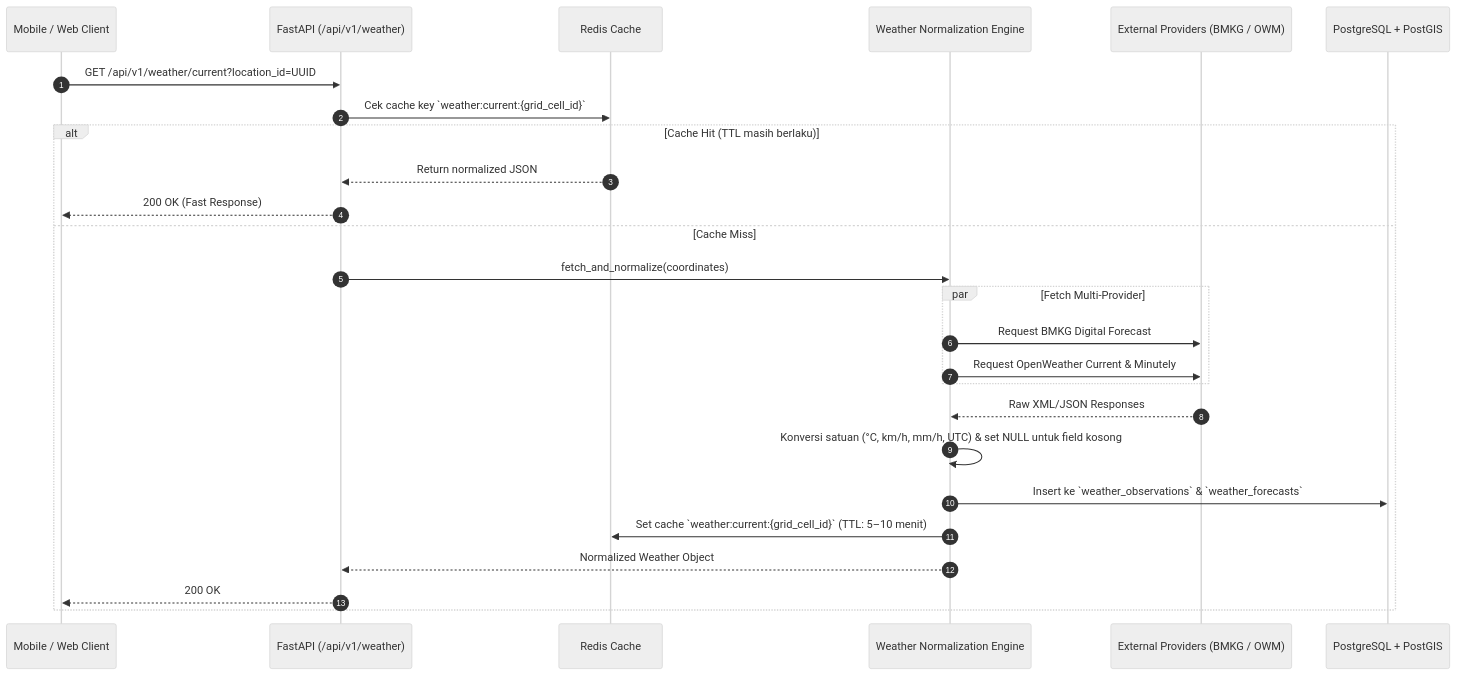
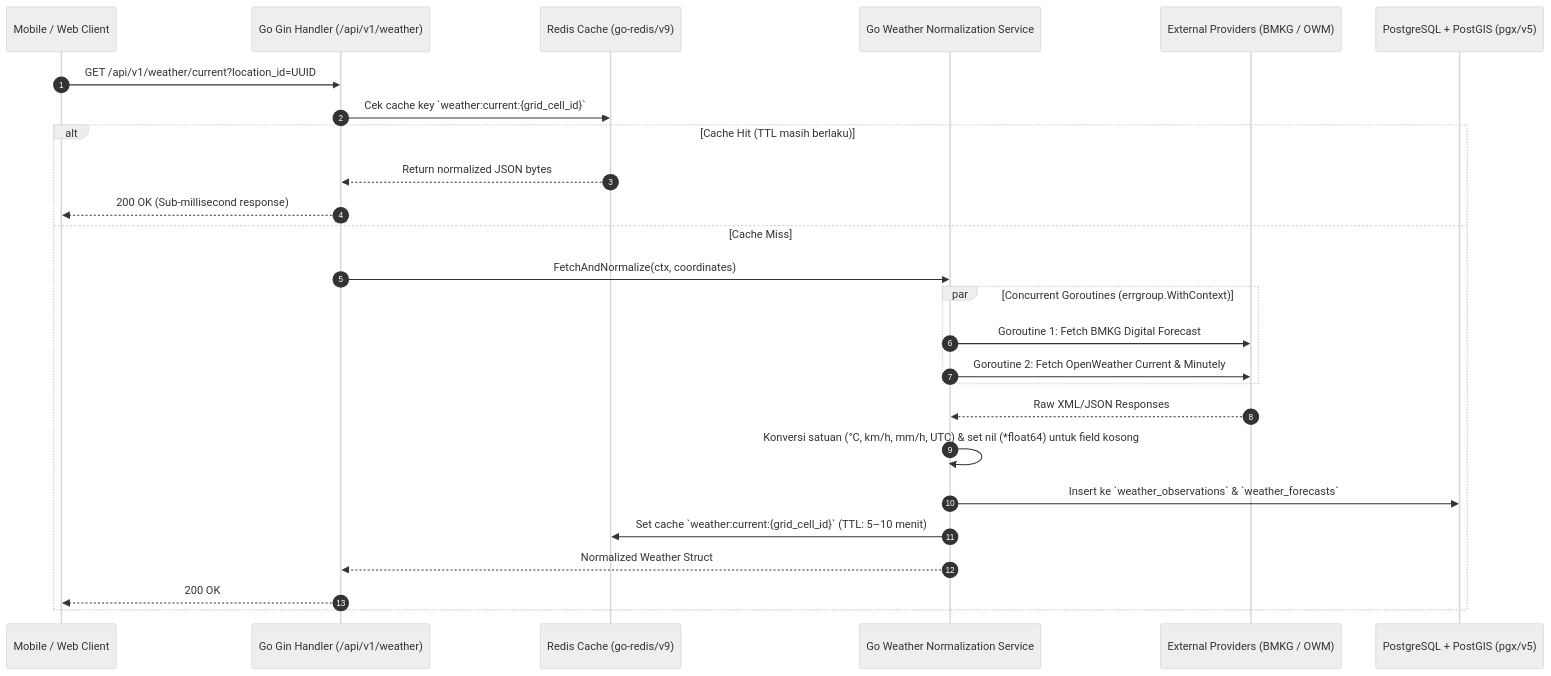
One commit to afrizadwi21/weatherly changed the second of 3 diagrams in docs/architecture/SYSTEM_ARCHITECTURE.md. Above: the diagram before and after it, drawn with Mermaid (neutral theme). The commit also changed other lines of this file and 3 other files, not shown here.

Commit message:
refactor(arch): migrate backend architecture and CI workflows to Golang

````diff
--- a/docs/architecture/SYSTEM_ARCHITECTURE.md
+++ b/docs/architecture/SYSTEM_ARCHITECTURE.md
@@ -51,29 +51,29 @@
 ```mermaid
 sequenceDiagram
     autonumber
     participant Client as Mobile / Web Client
-    participant API as FastAPI (/api/v1/weather)
-    participant Redis as Redis Cache
-    participant Engine as Weather Normalization Engine
+    participant API as Go Gin Handler (/api/v1/weather)
+    participant Redis as Redis Cache (go-redis/v9)
+    participant Engine as Go Weather Normalization Service
     participant Providers as External Providers (BMKG / OWM)
-    participant DB as PostgreSQL + PostGIS
+    participant DB as PostgreSQL + PostGIS (pgx/v5)
 
     Client->>API: GET /api/v1/weather/current?location_id=UUID
     API->>Redis: Cek cache key `weather:current:{grid_cell_id}`
     alt Cache Hit (TTL masih berlaku)
-        Redis-->>API: Return normalized JSON
-        API-->>Client: 200 OK (Fast Response)
+        Redis-->>API: Return normalized JSON bytes
+        API-->>Client: 200 OK (Sub-millisecond response)
     else Cache Miss
-        API->>Engine: fetch_and_normalize(coordinates)
-        par Fetch Multi-Provider
-            Engine->>Providers: Request BMKG Digital Forecast
-            Engine->>Providers: Request OpenWeather Current & Minutely
+        API->>Engine: FetchAndNormalize(ctx, coordinates)
+        par Concurrent Goroutines (errgroup.WithContext)
+            Engine->>Providers: Goroutine 1: Fetch BMKG Digital Forecast
+            Engine->>Providers: Goroutine 2: Fetch OpenWeather Current & Minutely
         end
         Providers-->>Engine: Raw XML/JSON Responses
-        Engine->>Engine: Konversi satuan (°C, km/h, mm/h, UTC) & set NULL untuk field kosong
+        Engine->>Engine: Konversi satuan (°C, km/h, mm/h, UTC) & set nil (*float64) untuk field kosong
         Engine->>DB: Insert ke `weather_observations` & `weather_forecasts`
         Engine->>Redis: Set cache `weather:current:{grid_cell_id}` (TTL: 5–10 menit)
-        Engine-->>API: Normalized Weather Object
+        Engine-->>API: Normalized Weather Struct
         API-->>Client: 200 OK
     end
 ```
````
